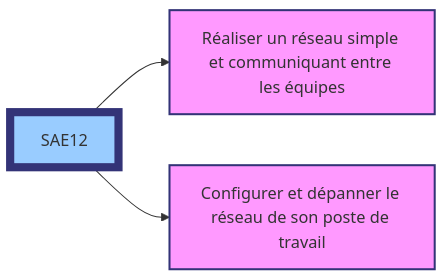
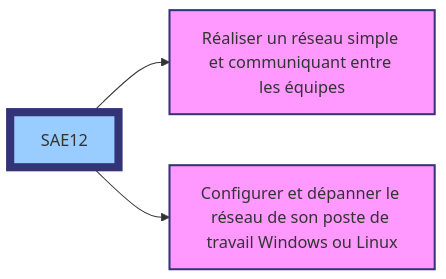
The diagram in sae12-description.md (pushou/SAE12), drawn with Mermaid before and after one commit. The commit also changed other lines of this file, not shown here.

````diff
--- a/sae12-description.md
+++ b/sae12-description.md
@@ -92,9 +98,9 @@
 ``` mermaid
      flowchart LR;
         SAE12[SAE12]-->id1["Réaliser un réseau simple et communiquant entre les équipes"];
-        SAE12-->id3["Configurer et dépanner le réseau de son poste de travail"];
+        SAE12-->id3["Configurer et dépanner le réseau de son poste de travail Windows ou Linux"];
         style SAE12 fill:#99ccff,stroke:#337,stroke-width:8px;
         style id1 fill:#f9f,stroke:#337,stroke-width:2px;
         style id3 fill:#f9f,stroke:#337,stroke-width:2px;
         click SAE12 href "https://github.com/pushou/SAE12.git" "Lien vers le repo Git de la SAE12"
 ```
````
